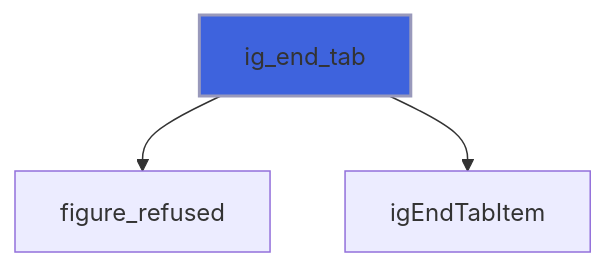
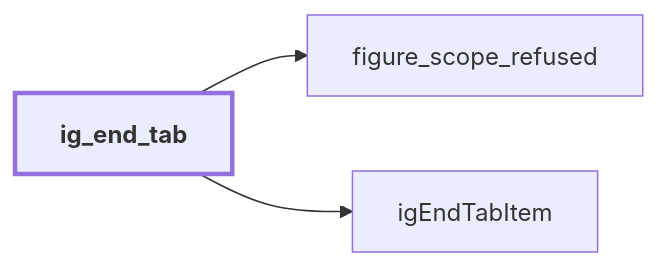
Before and after one commit to szaghi/figure: the tenth of 40 diagrams in docs/api/src/lib/figure_group.md, drawn with Mermaid. The commit also changed other lines of this file and 54 other files, not shown here.

````diff
--- a/docs/api/src/lib/figure_group.md
+++ b/docs/api/src/lib/figure_group.md
@@ -246,6 +454,9 @@
 ```mermaid
-flowchart TD
-  ig_end_tab["ig_end_tab"] --> figure_refused["figure_refused"]
+flowchart LR
+  ig_end_tab["ig_end_tab"] --> figure_scope_refused["figure_scope_refused"]
   ig_end_tab["ig_end_tab"] --> igEndTabItem["igEndTabItem"]
-  style ig_end_tab fill:#3e63dd,stroke:#99b,stroke-width:2px
+  classDef focus stroke-width:3px,font-weight:bold
+  class ig_end_tab focus
+  click figure_scope_refused href "figure_base.html#figure-scope-refused" "figure_scope_refused"
+  click igEndTabItem href "figure_cimgui.html#igendtabitem" "igEndTabItem"
 ```
````
